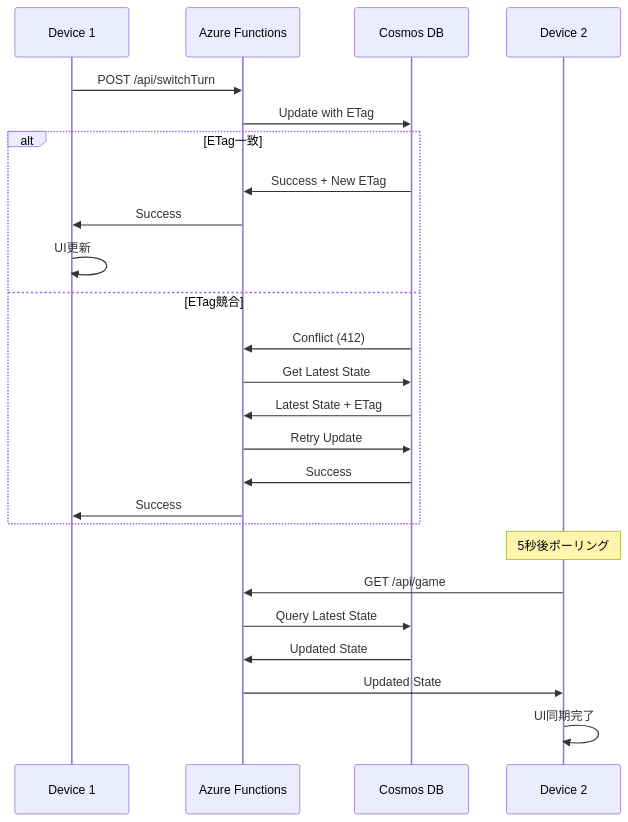
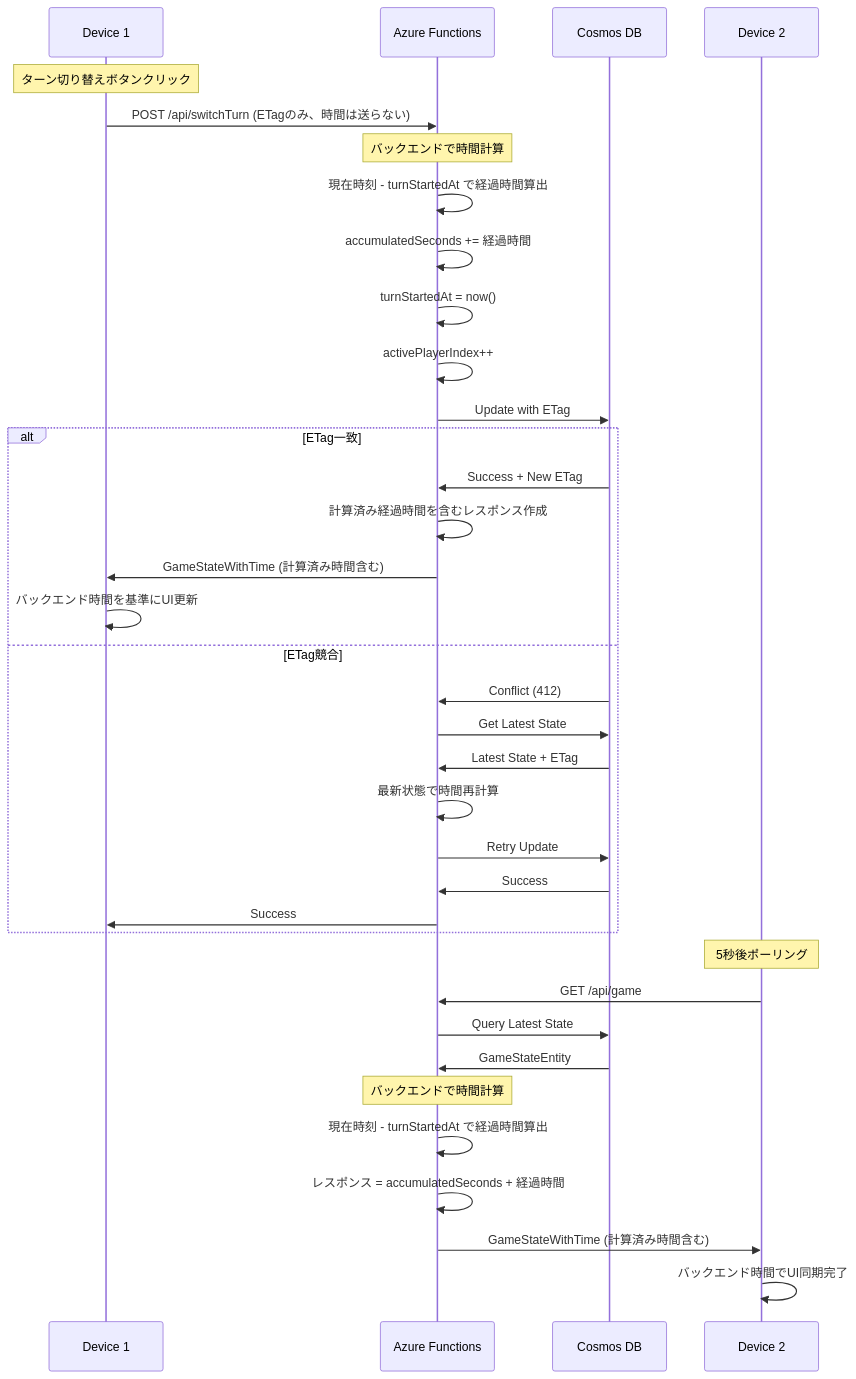
One commit to Jillrinn/tickTackFour changed the fourth of 7 diagrams in .kiro/specs/multiplayer-sync/design.md. Above: the diagram before and after it, drawn with Mermaid. The commit also changed other lines of this file and 1 other file, not shown here.

````diff
--- a/.kiro/specs/multiplayer-sync/design.md
+++ b/.kiro/specs/multiplayer-sync/design.md
@@ -219,30 +219,45 @@
 ```mermaid
 sequenceDiagram
     participant D1 as Device 1
     participant F as Azure Functions
     participant C as Cosmos DB
     participant D2 as Device 2
 
-    D1->>F: POST /api/switchTurn
+    Note over D1: ターン切り替えボタンクリック
+    D1->>F: POST /api/switchTurn (ETagのみ、時間は送らない)
+
+    Note over F: バックエンドで時間計算
+    F->>F: 現在時刻 - turnStartedAt で経過時間算出
+    F->>F: accumulatedSeconds += 経過時間
+    F->>F: turnStartedAt = now()
+    F->>F: activePlayerIndex++
+
     F->>C: Update with ETag
 
     alt ETag一致
         C->>F: Success + New ETag
-        F->>D1: Success
-        D1->>D1: UI更新
+        F->>F: 計算済み経過時間を含むレスポンス作成
+        F->>D1: GameStateWithTime (計算済み時間含む)
+        D1->>D1: バックエンド時間を基準にUI更新
     else ETag競合
         C->>F: Conflict (412)
         F->>C: Get Latest State
         C->>F: Latest State + ETag
+        F->>F: 最新状態で時間再計算
         F->>C: Retry Update
         C->>F: Success
         F->>D1: Success
     end
 
     Note over D2: 5秒後ポーリング
     D2->>F: GET /api/game
     F->>C: Query Latest State
-    C->>F: Updated State
-    F->>D2: Updated State
-    D2->>D2: UI同期完了
+    C->>F: GameStateEntity
+
+    Note over F: バックエンドで時間計算
+    F->>F: 現在時刻 - turnStartedAt で経過時間算出
+    F->>F: レスポンス = accumulatedSeconds + 経過時間
+
+    F->>D2: GameStateWithTime (計算済み時間含む)
+    D2->>D2: バックエンド時間でUI同期完了
 ```
````
